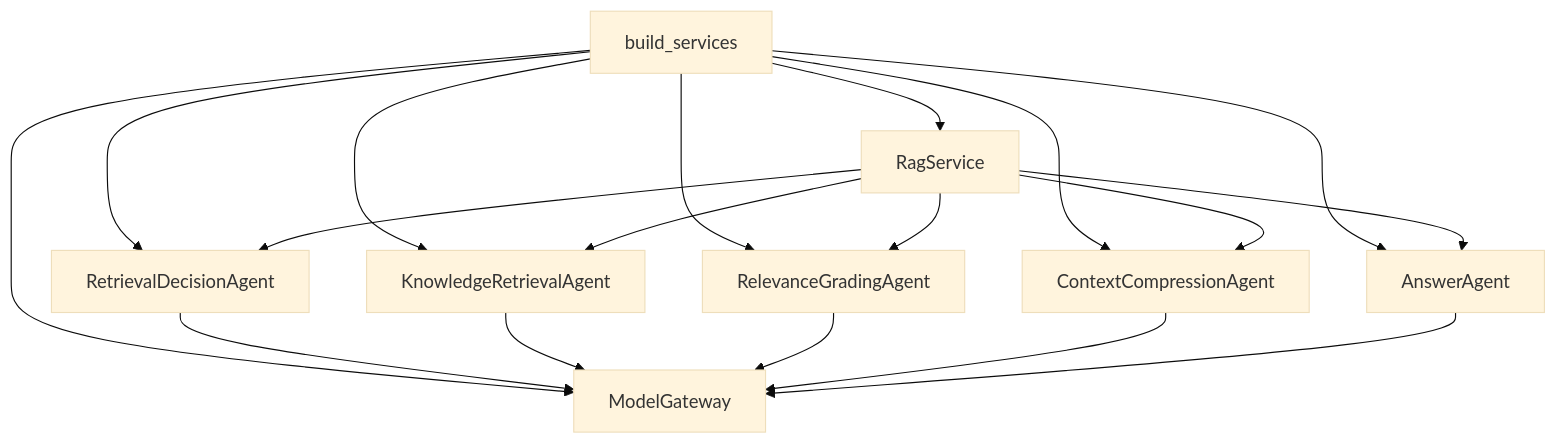
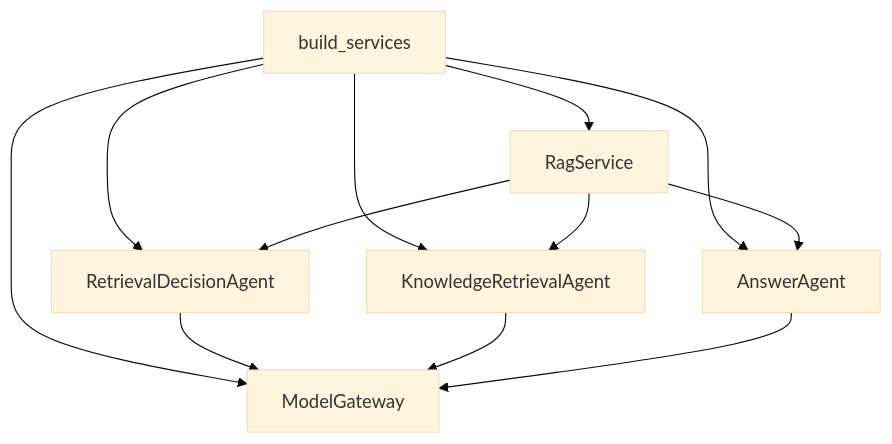
The second of 3 diagrams in docs/project-runtime-code-analysis.md (zhixiabei/RAG-), drawn with Mermaid (base theme) before and after one commit. The commit also changed other lines of this file and 27 other files, not shown here.

````diff
--- a/docs/project-runtime-code-analysis.md
+++ b/docs/project-runtime-code-analysis.md
@@ -94,20 +92,14 @@
 ```mermaid
 flowchart TD
     Main[build_services] --> Models[ModelGateway]
     Main --> Decision[RetrievalDecisionAgent]
     Main --> Retrieval[KnowledgeRetrievalAgent]
-    Main --> Grading[RelevanceGradingAgent]
-    Main --> Compression[ContextCompressionAgent]
     Main --> Answer[AnswerAgent]
     Decision --> Models
     Retrieval --> Models
-    Grading --> Models
-    Compression --> Models
     Answer --> Models
     Main --> Orchestrator[RagService]
     Orchestrator --> Decision
     Orchestrator --> Retrieval
-    Orchestrator --> Grading
-    Orchestrator --> Compression
     Orchestrator --> Answer
 ```
````
